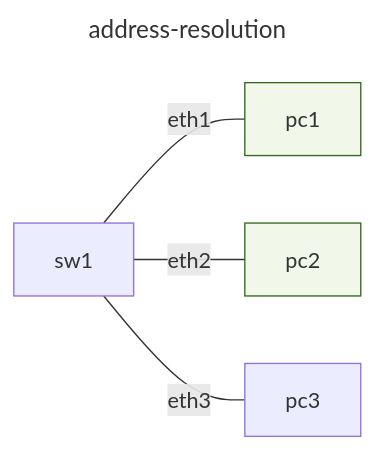
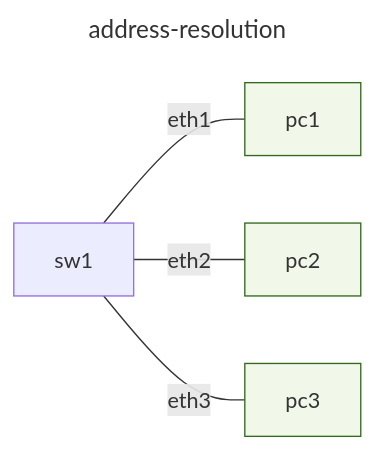
The diagram in labs/fundamentals/address-resolution/README.md (CapnCheapo/open-network-labs), drawn with Mermaid before and after one commit.

Commit message:
Address resolution topology fix

````diff
--- a/labs/fundamentals/address-resolution/README.md
+++ b/labs/fundamentals/address-resolution/README.md
@@ -1,19 +1,19 @@
 ```mermaid
 ---
 title: address-resolution
 ---
 graph LR
   pc1["<fa:laptop> pc1"]
   pc2["<fa:laptop> pc2"]
   pc3["<fa:laptop> pc3"]
 
   classDef switch fill:#e3f2fd,stroke:#1565c0,stroke-width:2px;
   classDef host fill:#f1f8e9,stroke:#33691e;
 
   class sw1 switch
-  class pc1,pc2 host
+  class pc1,pc2,pc3 host
 
   sw1 ---|"eth1"| pc1
   sw1 ---|"eth2"| pc2
   sw1 ---|"eth3"| pc3
 ```
````
